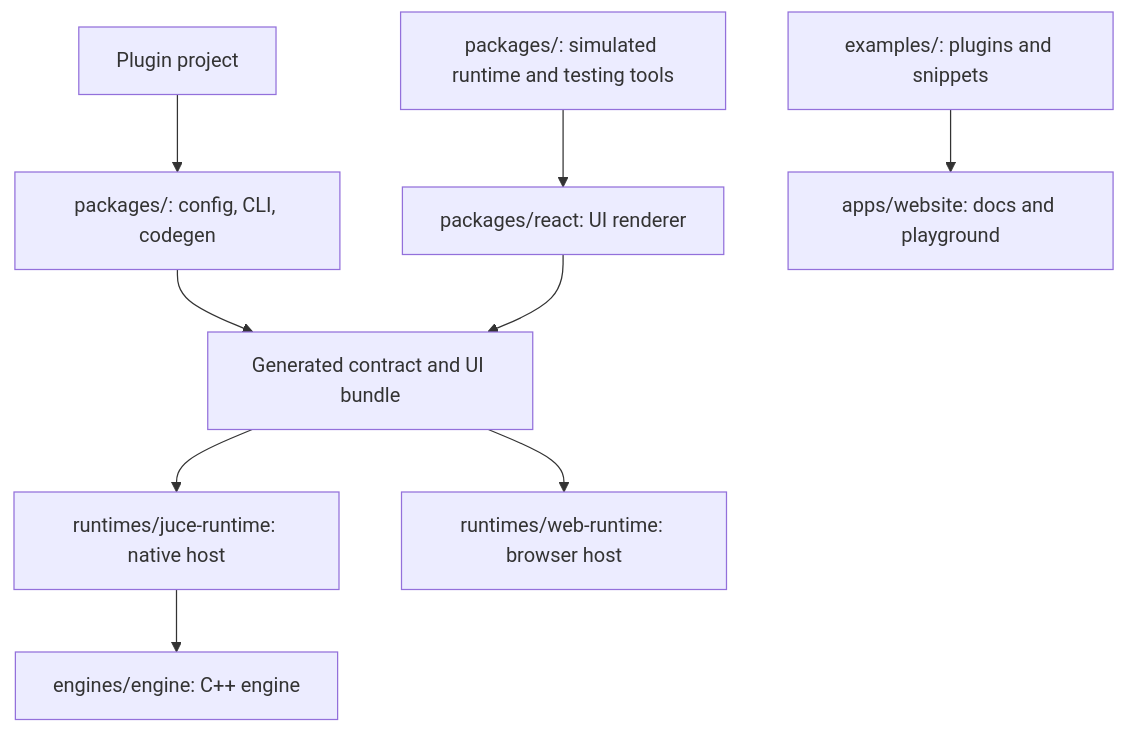
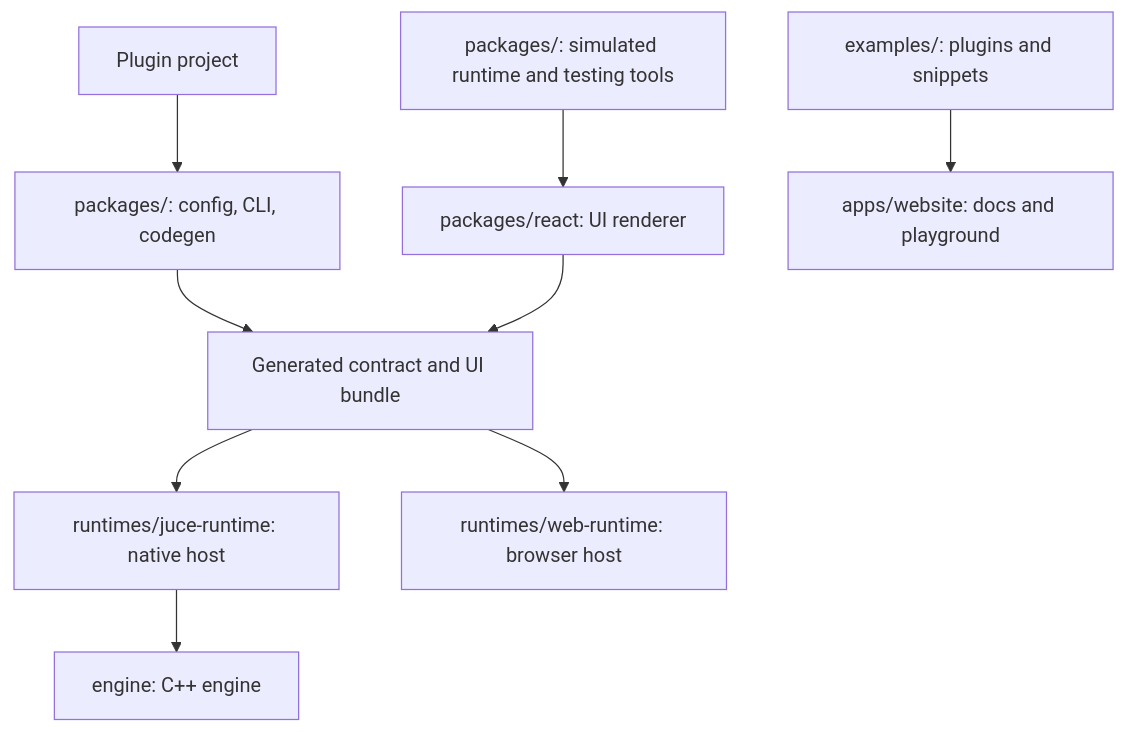
Before and after one commit to soundor/soundor: the diagram in apps/website/content/docs/contribute/index.md, drawn with Mermaid. The commit also changed other lines of this file and 497 other files, not shown here.

````diff
--- a/apps/website/content/docs/contribute/index.md
+++ b/apps/website/content/docs/contribute/index.md
@@ -15,11 +15,11 @@
 ```mermaid
 flowchart TD
     project["Plugin project"] --> toolchain["packages/: config, CLI, codegen"]
     toolchain --> contract["Generated contract and UI bundle"]
     contract --> juce["runtimes/juce-runtime: native host"]
     contract --> web["runtimes/web-runtime: browser host"]
-    juce --> engine["engines/engine: C++ engine"]
+    juce --> engine["engine: C++ engine"]
     react["packages/react: UI renderer"] --> contract
     tests["packages/: simulated runtime and testing tools"] --> react
     examples["examples/: plugins and snippets"] --> site["apps/website: docs and playground"]
 ```
````
